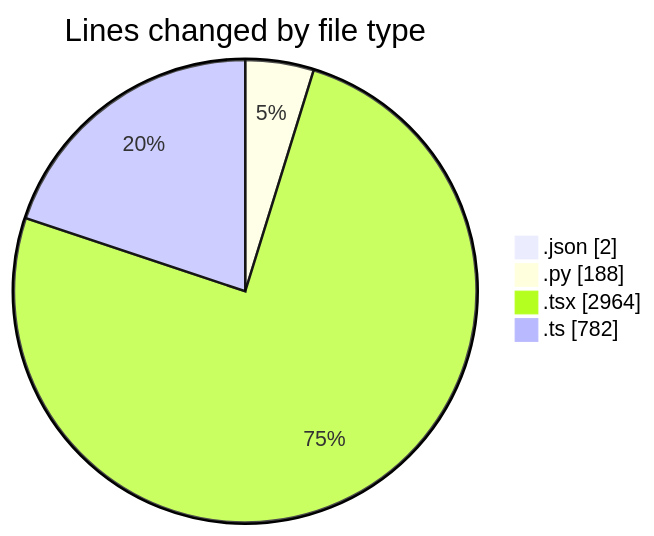
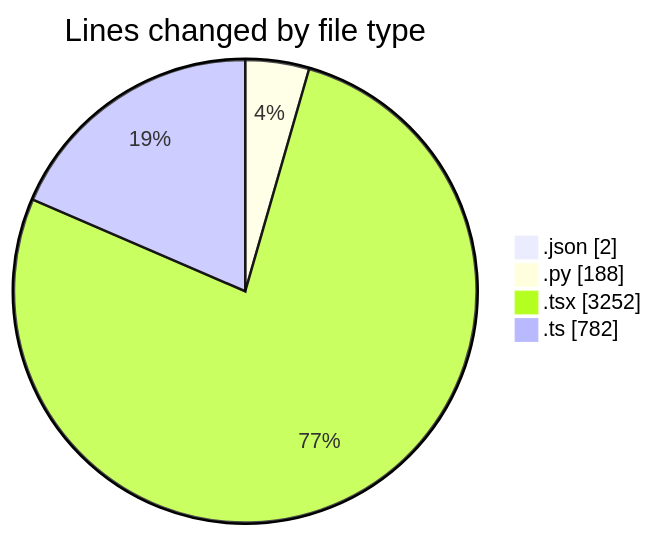
The first of 2 diagrams in 2025-10-06/eventscop-frontend-guide__workspace_/README.md (julien-gomy/code-tracking), drawn with Mermaid before and after one commit. The commit also changed other lines of this file and 1 other file, not shown here.

````diff
--- a/2025-10-06/eventscop-frontend-guide__workspace_/README.md
+++ b/2025-10-06/eventscop-frontend-guide__workspace_/README.md
@@ -44,8 +47,8 @@
 ```mermaid
 pie showData
 title Lines changed by file type
 ".json" : 2
 ".py" : 188
-".tsx" : 2964
+".tsx" : 3252
 ".ts" : 782
 ```
````
